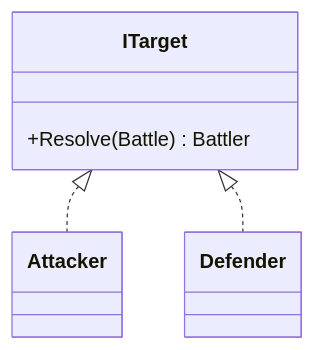
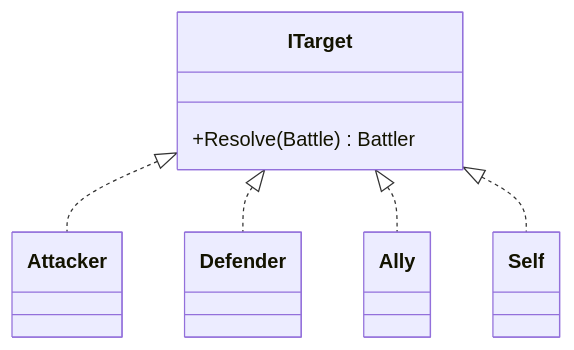
Before and after one commit to kimmandoo/blog: the eighth of 10 diagrams in posts/oop-pokemon/oop-pokemon-2.md, drawn with Mermaid. The commit also changed other lines of this file and 40 other files, not shown here.

````diff
--- a/posts/oop-pokemon/oop-pokemon-2.md
+++ b/posts/oop-pokemon/oop-pokemon-2.md
@@ -259,12 +230,16 @@
 ```mermaid
 classDiagram
     class ITarget {
         +Resolve(Battle) Battler
     }
 
     class Attacker
     class Defender
+    class Ally
+    class Self
 
     ITarget <|.. Attacker
     ITarget <|.. Defender
+    ITarget <|.. Ally
+    ITarget <|.. Self
 ```
````
